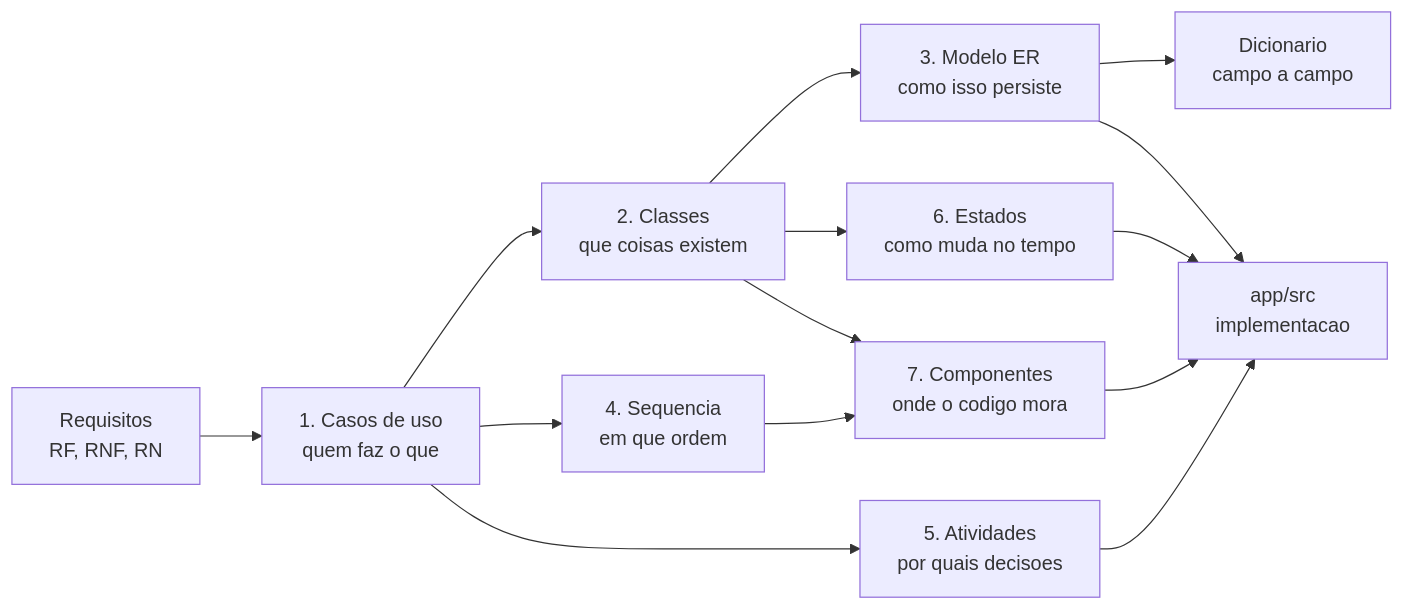
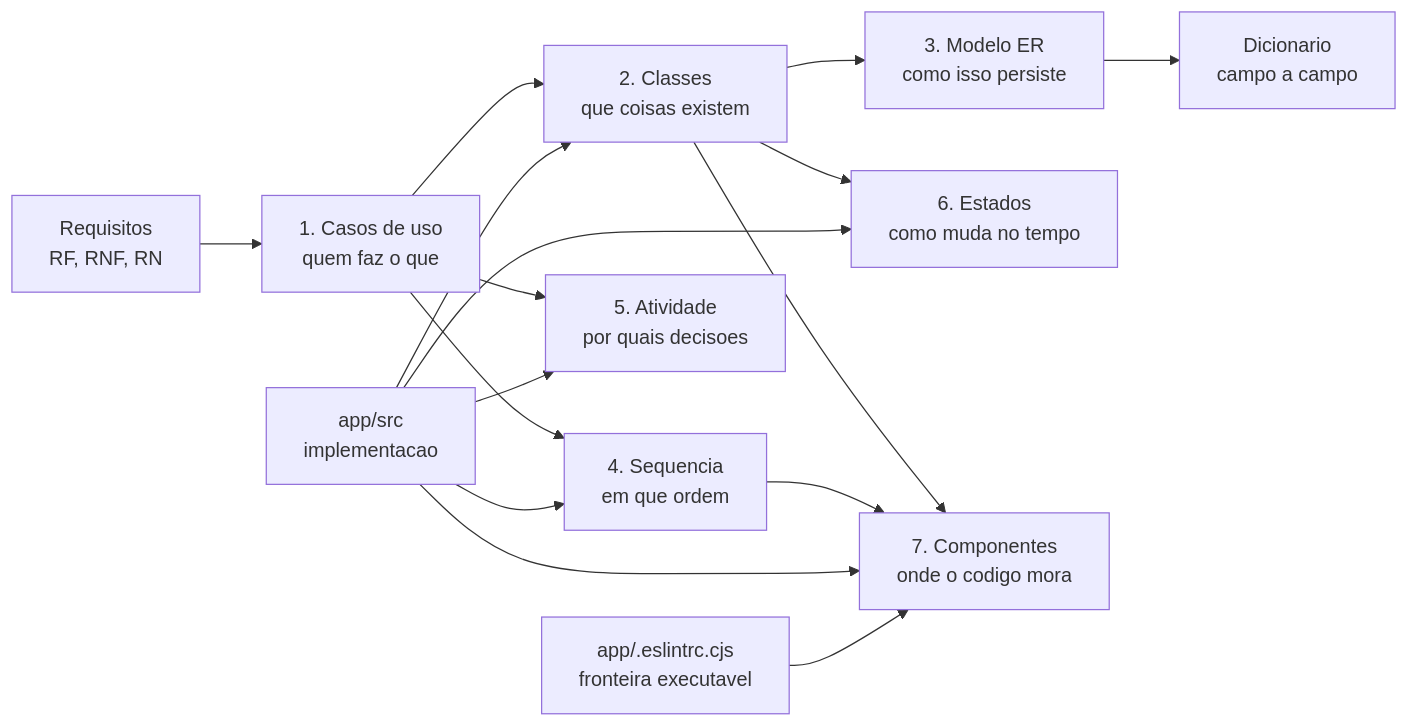
The diagram in docs/05-modelagem/README.md (lukiin-z/campus), drawn with Mermaid before and after one commit. The commit also changed other lines of this file and 29 other files, not shown here.

First line of the commit message:
docs(uml): refaz sequencia e atividade a partir do codigo, nao da intencao

````diff
--- a/docs/05-modelagem/README.md
+++ b/docs/05-modelagem/README.md
@@ -31,16 +59,18 @@
 ```mermaid
 flowchart LR
     REQ["Requisitos<br/>RF, RNF, RN"] --> UC["1. Casos de uso<br/>quem faz o que"]
     UC --> CL["2. Classes<br/>que coisas existem"]
     CL --> ER["3. Modelo ER<br/>como isso persiste"]
     UC --> SEQ["4. Sequencia<br/>em que ordem"]
     CL --> EST["6. Estados<br/>como muda no tempo"]
-    UC --> ATV["5. Atividades<br/>por quais decisoes"]
+    UC --> ATV["5. Atividade<br/>por quais decisoes"]
     ER --> DIC["Dicionario<br/>campo a campo"]
     CL --> COMP["7. Componentes<br/>onde o codigo mora"]
     SEQ --> COMP
-    COMP --> CODE["app/src<br/>implementacao"]
-    ER --> CODE
-    EST --> CODE
-    ATV --> CODE
+    CODE["app/src<br/>implementacao"] --> SEQ
+    CODE --> ATV
+    CODE --> EST
+    CODE --> COMP
+    CODE --> CL
+    ESLINT["app/.eslintrc.cjs<br/>fronteira executavel"] --> COMP
 ```
````
